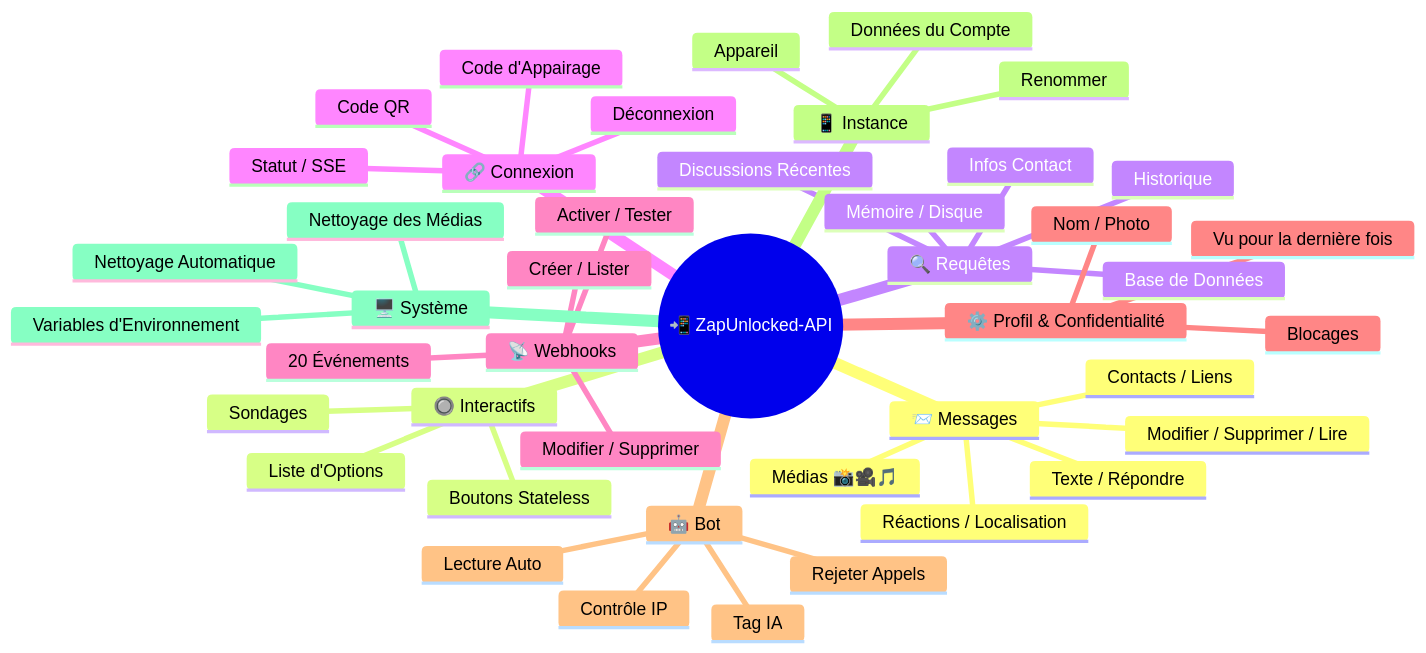
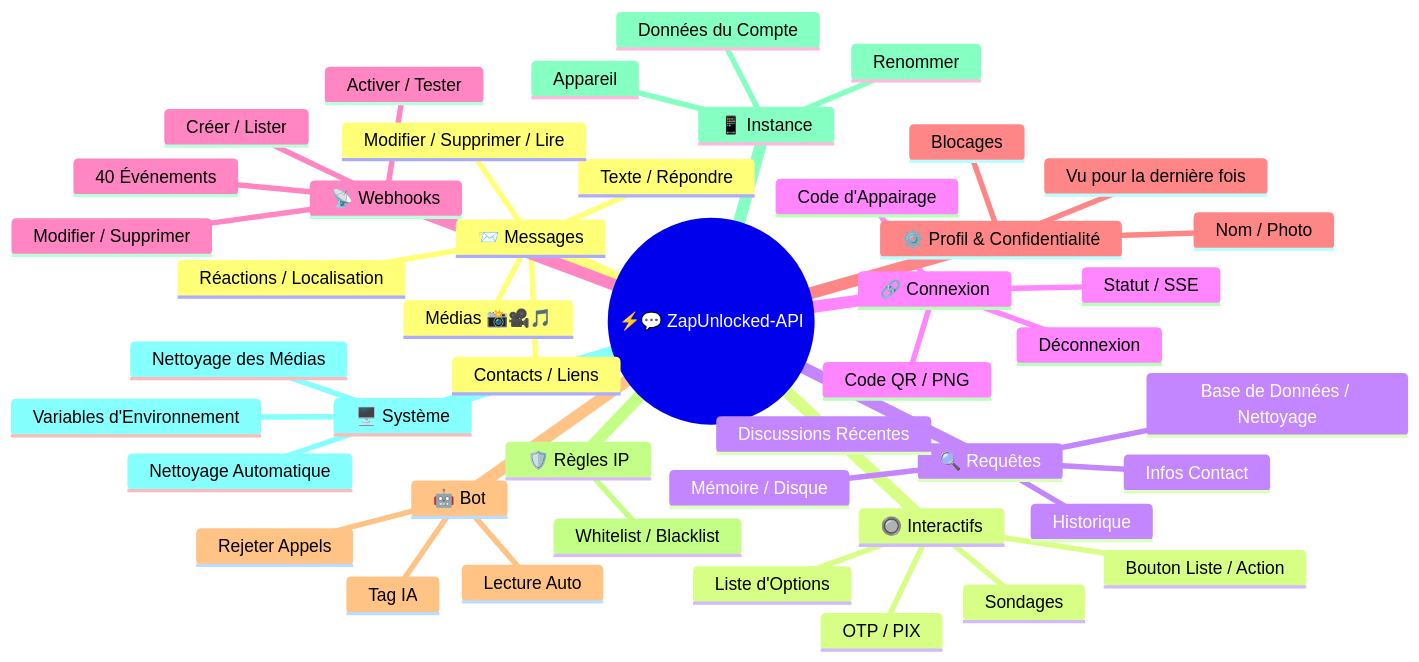
The first of 2 diagrams in docs/translations/fr.md (kauafpssx/ZapUnlocked-API), drawn with Mermaid before and after one commit. The commit also changed other lines of this file and 23 other files, not shown here.

````diff
--- a/docs/translations/fr.md
+++ b/docs/translations/fr.md
@@ -52,47 +55,49 @@
 ```mermaid
 mindmap
-  root((📲 ZapUnlocked-API))
+  root((⚡💬 ZapUnlocked-API))
     📨 Messages
       Texte / Répondre
       Médias 📸🎥🎵
       Réactions / Localisation
       Contacts / Liens
       Modifier / Supprimer / Lire
     🔘 Interactifs
-      Boutons Stateless
+      Bouton Liste / Action
+      OTP / PIX
       Liste d'Options
       Sondages
     🔍 Requêtes
       Infos Contact
       Historique
       Discussions Récentes
       Mémoire / Disque
-      Base de Données
+      Base de Données / Nettoyage
     🔗 Connexion
       Statut / SSE
-      Code QR
+      Code QR / PNG
       Code d'Appairage
       Déconnexion
     📡 Webhooks
-      Créer / Lister
-      Modifier / Supprimer
-      Activer / Tester
-      20 Événements
+       Créer / Lister
+       Modifier / Supprimer
+       Activer / Tester
+       40 Événements
     ⚙️ Profil & Confidentialité
       Nom / Photo
       Vu pour la dernière fois
       Blocages
     🤖 Bot
       Tag IA
-      Contrôle IP
       Rejeter Appels
       Lecture Auto
+    🛡️ Règles IP
+      Whitelist / Blacklist
     📱 Instance
       Données du Compte
       Appareil
       Renommer
     🖥️ Système
       Variables d'Environnement
       Nettoyage des Médias
       Nettoyage Automatique
 ```
````
